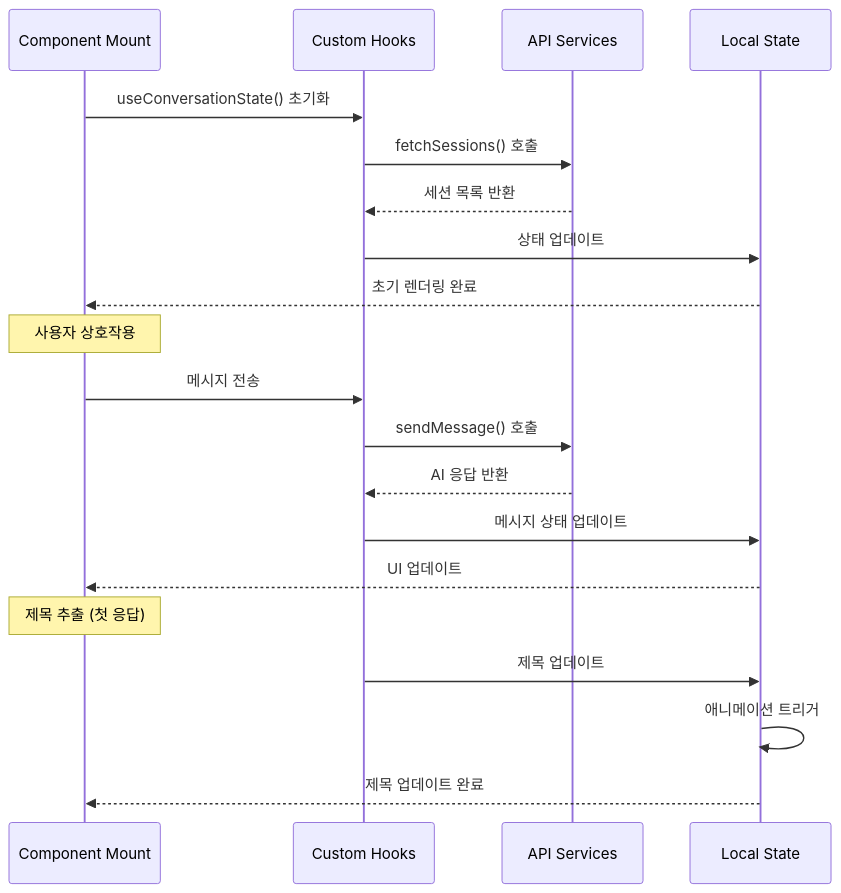
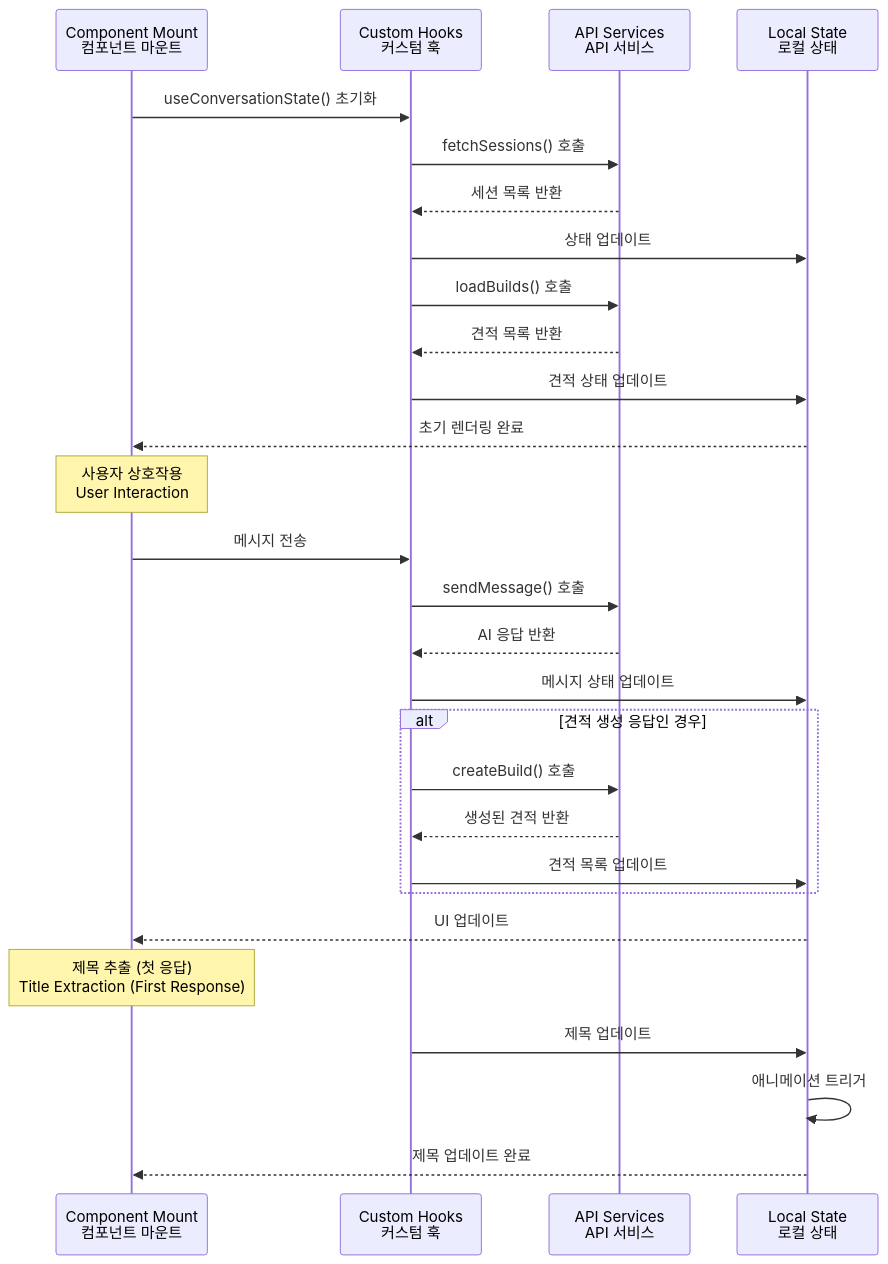
Before and after one commit to p0pular131/askspec-chat-assistant: diagram 18 of 19 in docs/design-specification.md, drawn with Mermaid. The commit also changed other lines of this file, not shown here.

First line of the commit message:
Fix: Improve design spec diagrams and add estimate features

````diff
--- a/docs/design-specification.md
+++ b/docs/design-specification.md
@@ -779,27 +1223,39 @@
 ```mermaid
 sequenceDiagram
-    participant Mount as Component Mount
-    participant Hooks as Custom Hooks
-    participant API as API Services
-    participant State as Local State
+    participant Mount as Component Mount<br/>컴포넌트 마운트
+    participant Hooks as Custom Hooks<br/>커스텀 훅
+    participant API as API Services<br/>API 서비스
+    participant State as Local State<br/>로컬 상태
 
     Mount->>Hooks: useConversationState() 초기화
     Hooks->>API: fetchSessions() 호출
     API-->>Hooks: 세션 목록 반환
     Hooks->>State: 상태 업데이트
+    
+    Hooks->>API: loadBuilds() 호출
+    API-->>Hooks: 견적 목록 반환
+    Hooks->>State: 견적 상태 업데이트
+    
     State-->>Mount: 초기 렌더링 완료
     
-    Note over Mount: 사용자 상호작용
+    Note over Mount: 사용자 상호작용<br/>User Interaction
     
     Mount->>Hooks: 메시지 전송
     Hooks->>API: sendMessage() 호출
     API-->>Hooks: AI 응답 반환
     Hooks->>State: 메시지 상태 업데이트
+    
+    alt 견적 생성 응답인 경우
+        Hooks->>API: createBuild() 호출
+        API-->>Hooks: 생성된 견적 반환
+        Hooks->>State: 견적 목록 업데이트
+    end
+    
     State-->>Mount: UI 업데이트
     
-    Note over Mount: 제목 추출 (첫 응답)
+    Note over Mount: 제목 추출 (첫 응답)<br/>Title Extraction (First Response)
     
     Hooks->>State: 제목 업데이트
     State->>State: 애니메이션 트리거
     State-->>Mount: 제목 업데이트 완료
 ```
````
